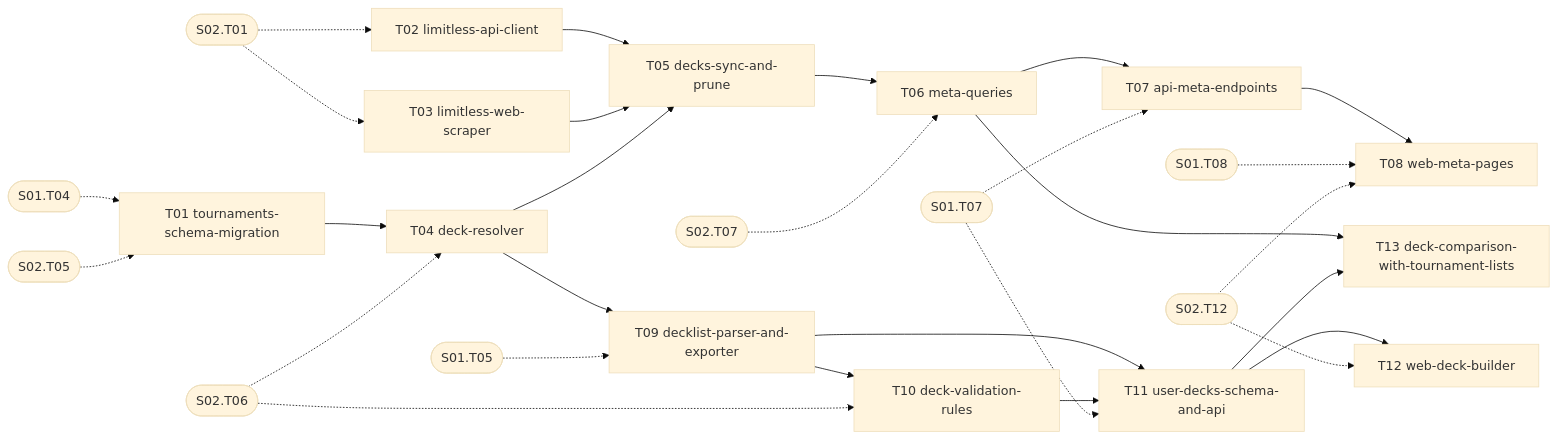
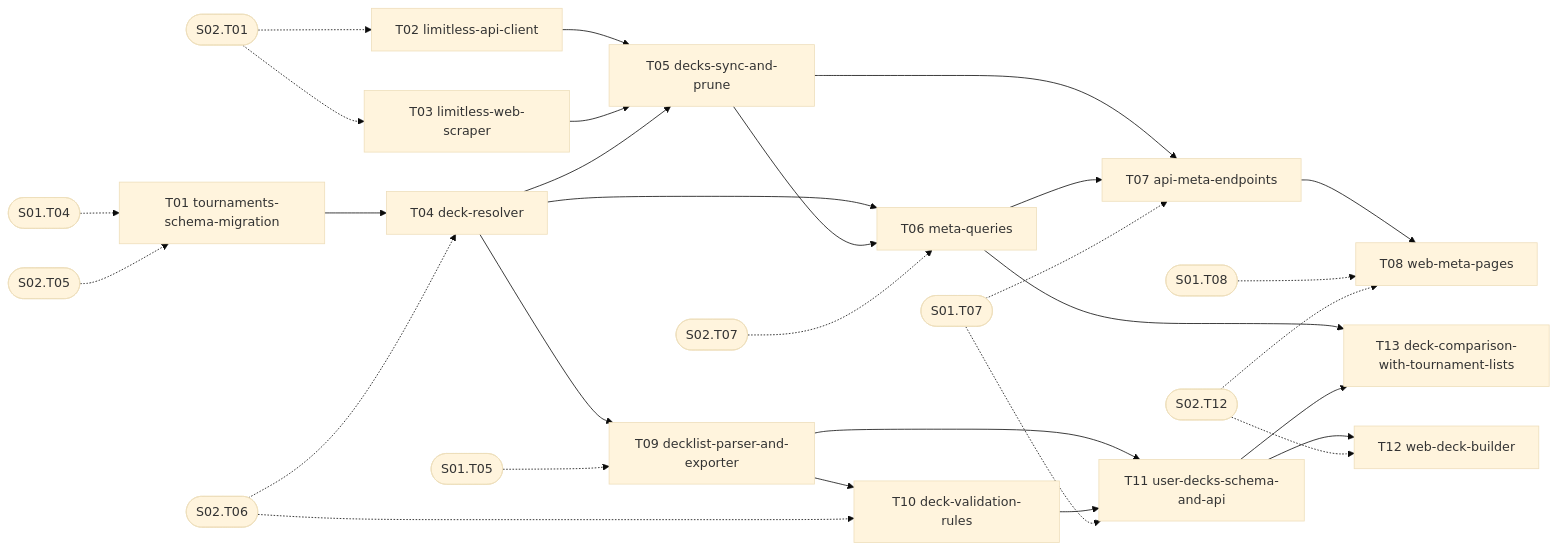
One commit to ManoFardo-PR/pokemon2 changed the diagram in docs/stages/03-tournament-meta-and-deck-builder/README.md. Above: the diagram before and after it, drawn with Mermaid (base theme). The commit also changed other lines of this file and 18 other files, not shown here.

````diff
--- a/docs/stages/03-tournament-meta-and-deck-builder/README.md
+++ b/docs/stages/03-tournament-meta-and-deck-builder/README.md
@@ -41,43 +41,45 @@
 ```mermaid
 graph LR
   S03_T01["T01 tournaments-schema-migration"]
   S03_T02["T02 limitless-api-client"]
   S03_T03["T03 limitless-web-scraper"]
   S03_T04["T04 deck-resolver"]
   S03_T05["T05 decks-sync-and-prune"]
   S03_T06["T06 meta-queries"]
   S03_T07["T07 api-meta-endpoints"]
   S03_T08["T08 web-meta-pages"]
   S03_T09["T09 decklist-parser-and-exporter"]
   S03_T10["T10 deck-validation-rules"]
   S03_T11["T11 user-decks-schema-and-api"]
   S03_T12["T12 web-deck-builder"]
   S03_T13["T13 deck-comparison-with-tournament-lists"]
   S03_T01 --> S03_T04
   S03_T02 --> S03_T05
   S03_T03 --> S03_T05
   S03_T04 --> S03_T05
+  S03_T04 --> S03_T06
   S03_T05 --> S03_T06
+  S03_T05 --> S03_T07
   S03_T06 --> S03_T07
   S03_T07 --> S03_T08
   S03_T04 --> S03_T09
   S03_T09 --> S03_T10
   S03_T09 --> S03_T11
   S03_T10 --> S03_T11
   S03_T11 --> S03_T12
   S03_T06 --> S03_T13
   S03_T11 --> S03_T13
   S01_T04(["S01.T04"]) -.-> S03_T01
   S02_T05(["S02.T05"]) -.-> S03_T01
   S02_T01(["S02.T01"]) -.-> S03_T02
   S02_T01(["S02.T01"]) -.-> S03_T03
   S02_T06(["S02.T06"]) -.-> S03_T04
   S02_T07(["S02.T07"]) -.-> S03_T06
   S01_T07(["S01.T07"]) -.-> S03_T07
   S01_T08(["S01.T08"]) -.-> S03_T08
   S02_T12(["S02.T12"]) -.-> S03_T08
   S01_T05(["S01.T05"]) -.-> S03_T09
   S02_T06(["S02.T06"]) -.-> S03_T10
   S01_T07(["S01.T07"]) -.-> S03_T11
   S02_T12(["S02.T12"]) -.-> S03_T12
 ```
````
